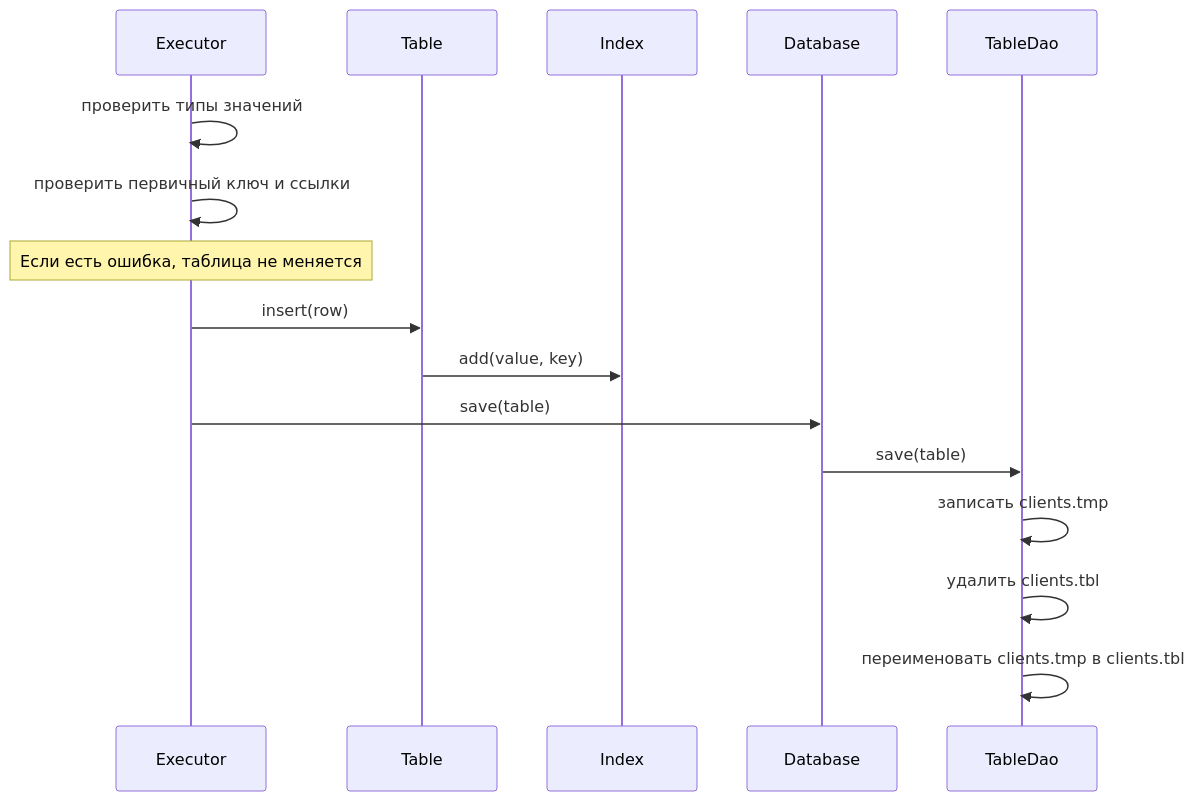
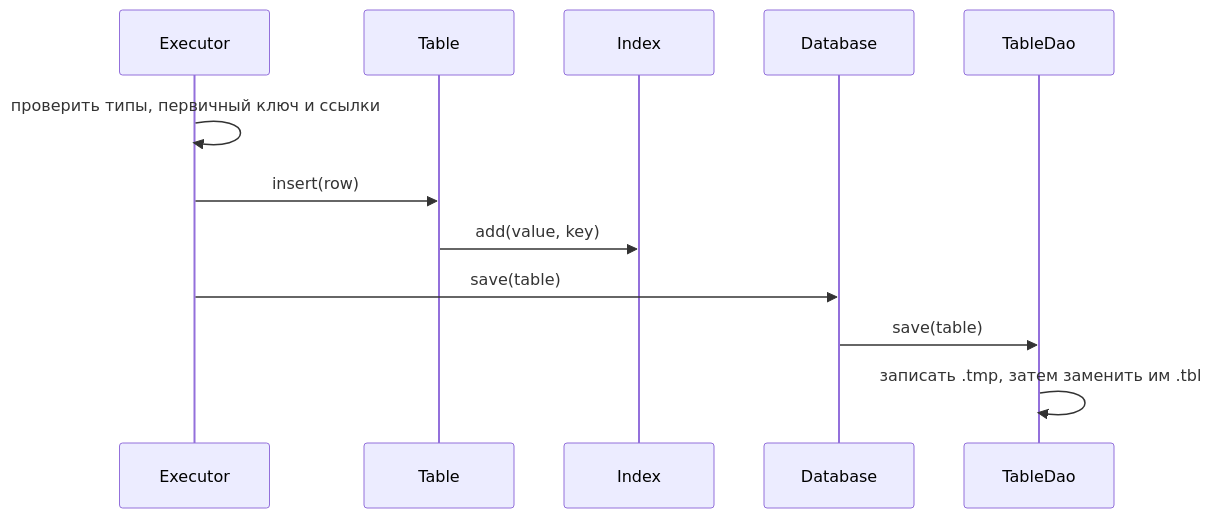
The third of 3 diagrams in readme.md (sergei0908/Java2), drawn with Mermaid before and after one commit. The commit also changed other lines of this file and 7 other files, not shown here.

````diff
--- a/readme.md
+++ b/readme.md
@@ -287,19 +117,9 @@
 ```mermaid
 sequenceDiagram
-    participant E as Executor
-    participant T as Table
-    participant I as Index
-    participant D as Database
-    participant F as TableDao
-
-    E->>E: проверить типы значений
-    E->>E: проверить первичный ключ и ссылки
-    Note over E: Если есть ошибка, таблица не меняется
-    E->>T: insert(row)
-    T->>I: add(value, key)
-    E->>D: save(table)
-    D->>F: save(table)
-    F->>F: записать clients.tmp
-    F->>F: удалить clients.tbl
-    F->>F: переименовать clients.tmp в clients.tbl
+    Executor->>Executor: проверить типы, первичный ключ и ссылки
+    Executor->>Table: insert(row)
+    Table->>Index: add(value, key)
+    Executor->>Database: save(table)
+    Database->>TableDao: save(table)
+    TableDao->>TableDao: записать .tmp, затем заменить им .tbl
 ```
````
